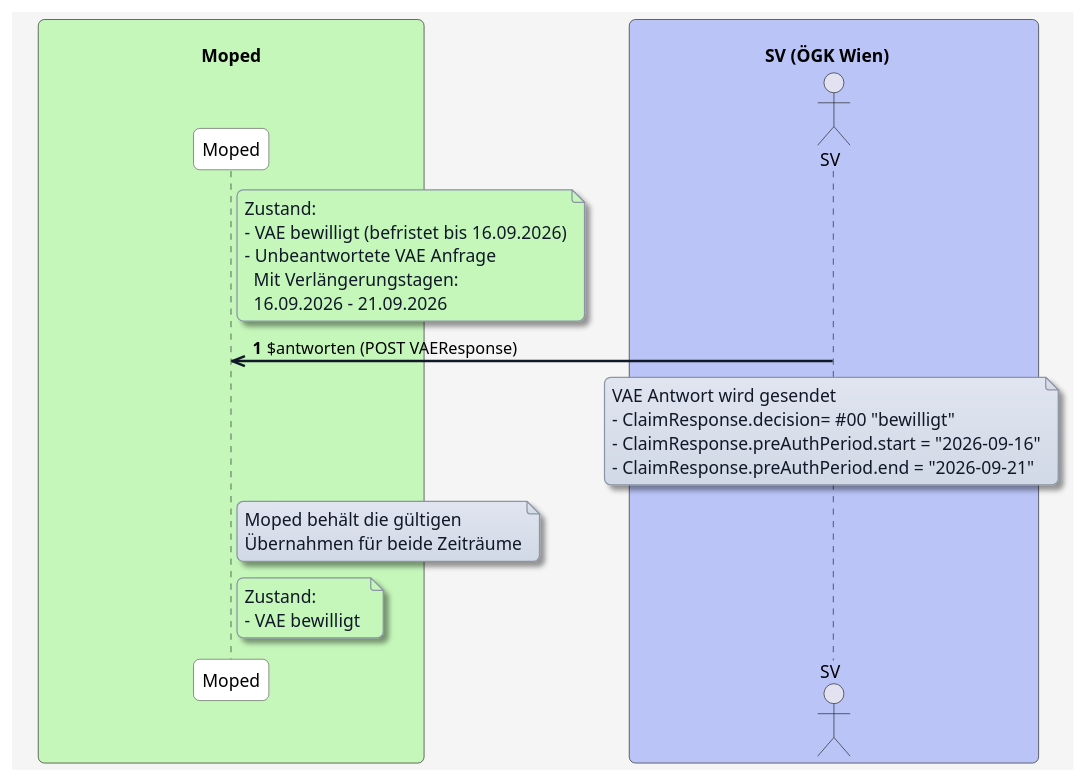
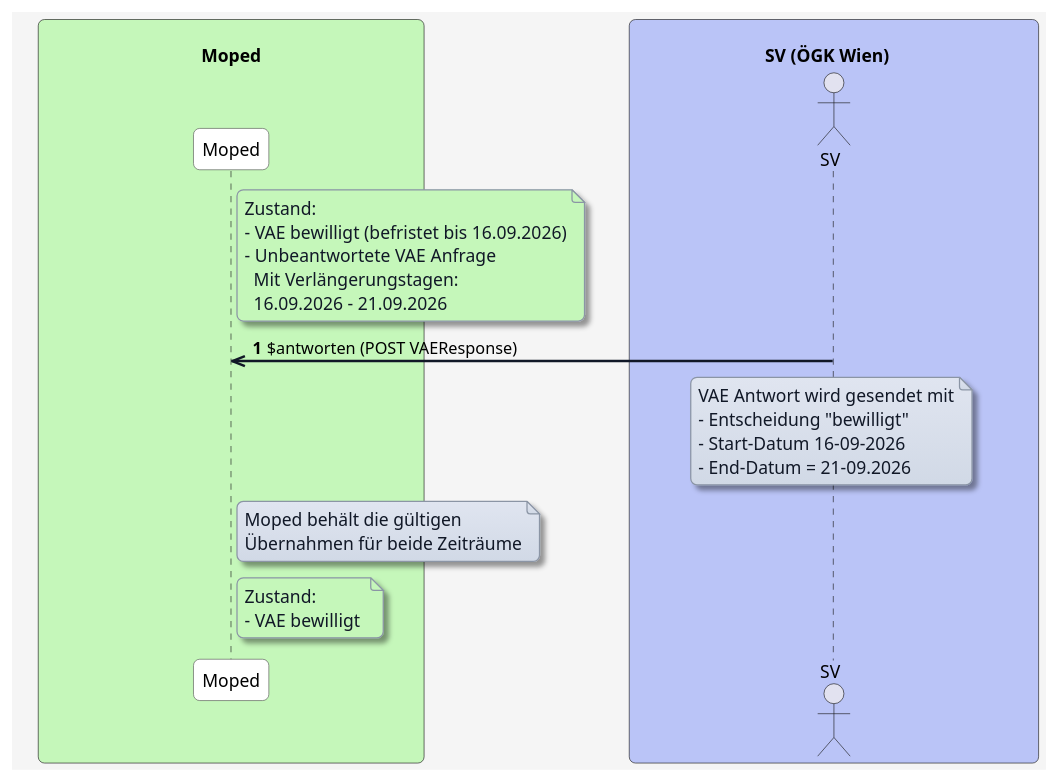
The diagram in input/images-source/Versichertenanspruchserklärung/antworten-verlaengerung.plantuml (HL7Austria/ELGA-MOPED-R5), drawn with PlantUML before and after one commit. The commit also changed 6 other files, not shown here.

```diff
--- a/input/images-source/Versichertenanspruchserklärung/antworten-verlaengerung.plantuml
+++ b/input/images-source/Versichertenanspruchserklärung/antworten-verlaengerung.plantuml
@@ -1,79 +1,79 @@
 @startuml
 skinparam borderColor #000000
 skinparam backgroundColor #f5f5f5
 skinparam shadowing false
 skinparam roundCorner 10
 skinparam defaultFontName "Arial"
 skinparam defaultFontSize 14
 skinparam defaultFontColor #000000
 
 skinparam note {
   BackgroundColor #e0e5f0-#d1d9e6
   BorderColor #8b95a5
   BorderThickness 1
   RoundCorner 8
   Padding 6
   FontColor #111827
   Shadowing true
 }
 
 skinparam HyperlinkColor #0000EE
 skinparam HyperlinkUnderline false
 
 skinparam sequence {
   ParticipantBorderColor #555555
   ParticipantBackgroundColor #ffffff
   ParticipantFontColor #000000
   ParticipantFontSize 14
   ParticipantPadding 20
   ArrowColor #111827
   ArrowThickness 2
   ArrowFontColor #000000
   ArrowFontSize 13
   GroupBorderColor #111827
   GroupBackgroundColor #f3f4f6
   GroupBorderThickness 1
 }
 
 skinparam BoxPadding 20
 skinparam BoxBorderColor #555555
 
 box "\n                                   Moped                                   " #c5f7ba
   participant MP as "Moped"
 end box
 
 box "\n                             SV (ÖGK Wien)                                " #bac4f7
   actor SV as "SV"
 end box
 
 autonumber
 
 note right of MP #c5f7ba
 Zustand:
 - VAE bewilligt (befristet bis 16.09.2026)
 - Unbeantwortete VAE Anfrage
   Mit Verlängerungstagen: 
   16.09.2026 - 21.09.2026
 end note
 
 SV ->> MP: $antworten (POST VAEResponse)
 
 note over SV
-VAE Antwort wird gesendet
-- ClaimResponse.decision= #00 "bewilligt"
-- ClaimResponse.preAuthPeriod.start = "2026-09-16"
-- ClaimResponse.preAuthPeriod.end = "2026-09-21"
+VAE Antwort wird gesendet mit
+- Entscheidung "bewilligt"
+- Start-Datum 16-09-2026
+- End-Datum = 21-09.2026
 end note
 
 note right of MP
 Moped behält die gültigen 
 Übernahmen für beide Zeiträume
 end note
 
 
 note right of MP #c5f7ba
 Zustand:
 - VAE bewilligt 
 end note
 
 @enduml
```
